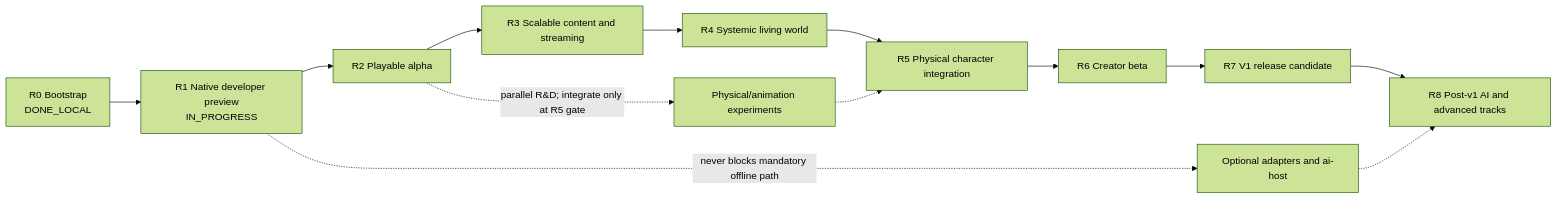
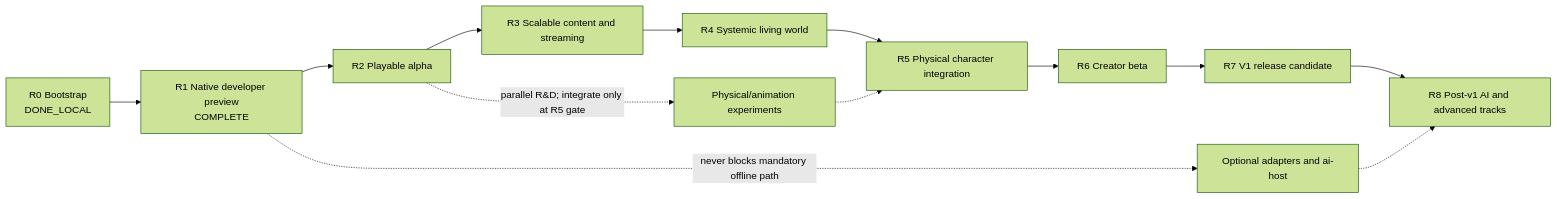
Before and after one commit to kaifaty/NextEngine: the diagram in docs/roadmap.md, drawn with Mermaid (forest theme). The commit also changed other lines of this file and 37 other files, not shown here.

````diff
--- a/docs/roadmap.md
+++ b/docs/roadmap.md
@@ -202,15 +202,15 @@
 ```mermaid
 flowchart LR
-    R0["R0 Bootstrap<br/>DONE_LOCAL"] --> R1["R1 Native developer preview<br/>IN_PROGRESS"]
+    R0["R0 Bootstrap<br/>DONE_LOCAL"] --> R1["R1 Native developer preview<br/>COMPLETE"]
     R1 --> R2["R2 Playable alpha"]
     R2 --> R3["R3 Scalable content and streaming"]
     R3 --> R4["R4 Systemic living world"]
     R4 --> R5["R5 Physical character integration"]
     R5 --> R6["R6 Creator beta"]
     R6 --> R7["R7 V1 release candidate"]
     R7 --> R8["R8 Post-v1 AI and advanced tracks"]
     R2 -. "parallel R&D; integrate only at R5 gate" .-> P["Physical/animation experiments"]
     P -.-> R5
     R1 -. "never blocks mandatory offline path" .-> O["Optional adapters and ai-host"]
     O -.-> R8
 ```
````
